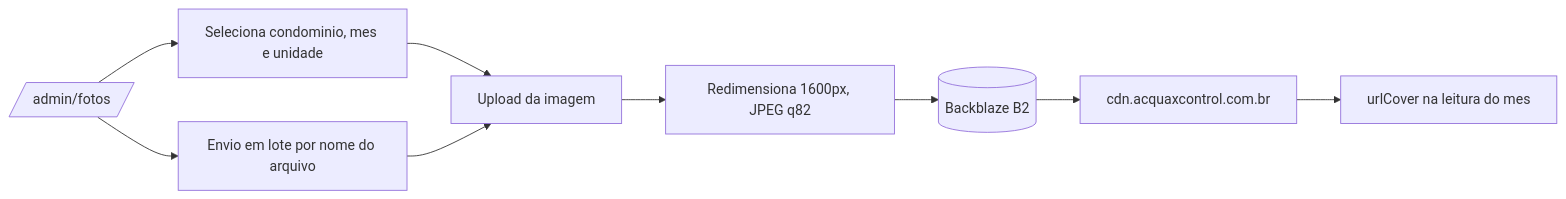
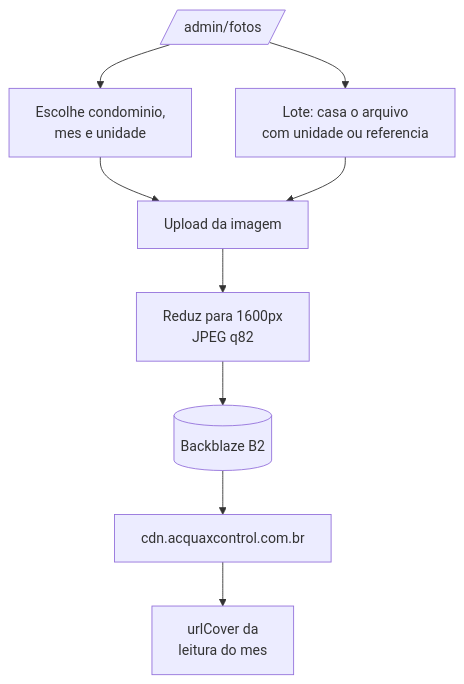
One commit to tiacquax-web/AcquaXcontrol changed the tenth of 14 diagrams in docs/FLUXOGRAMA-SISTEMA.md. Above: the diagram before and after it, drawn with Mermaid. The commit also changed other lines of this file and 1 other file, not shown here.

First line of the commit message:
docs(sistema): diagramas reajustados para nao ficarem cortados

````diff
--- a/docs/FLUXOGRAMA-SISTEMA.md
+++ b/docs/FLUXOGRAMA-SISTEMA.md
@@ -361,11 +373,11 @@
 ```mermaid
-flowchart LR
-  U[/admin/fotos/] --> S[Seleciona condominio, mes e unidade]
+flowchart TB
+  U[/admin/fotos/] --> S["Escolhe condominio,<br/>mes e unidade"]
   S --> UP[Upload da imagem]
-  UP --> SH[Redimensiona 1600px, JPEG q82]
+  UP --> SH["Reduz para 1600px<br/>JPEG q82"]
   SH --> B2[(Backblaze B2)]
   B2 --> CDN[cdn.acquaxcontrol.com.br]
-  CDN --> URL[urlCover na leitura do mes]
-  U --> LOTE[Envio em lote por nome do arquivo]
+  CDN --> URL["urlCover da<br/>leitura do mes"]
+  U --> LOTE["Lote: casa o arquivo<br/>com unidade ou referencia"]
   LOTE --> UP
 ```
````
